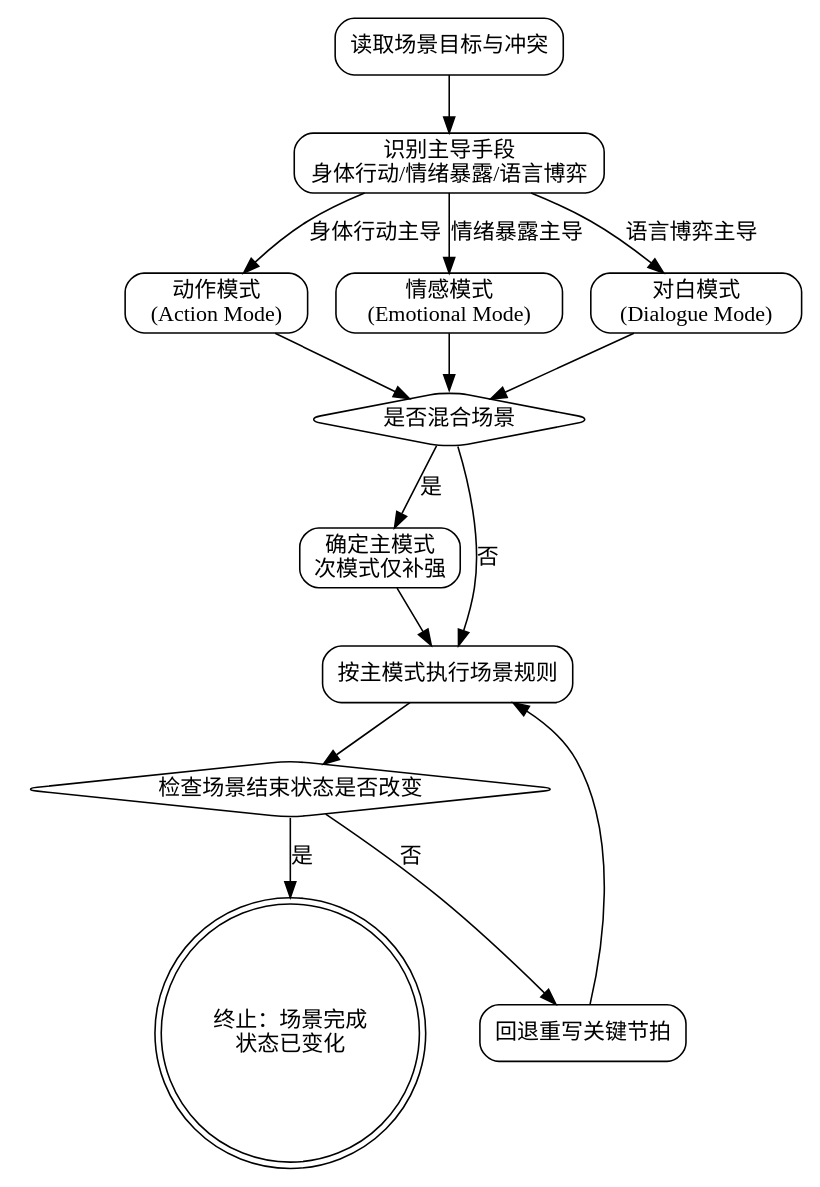
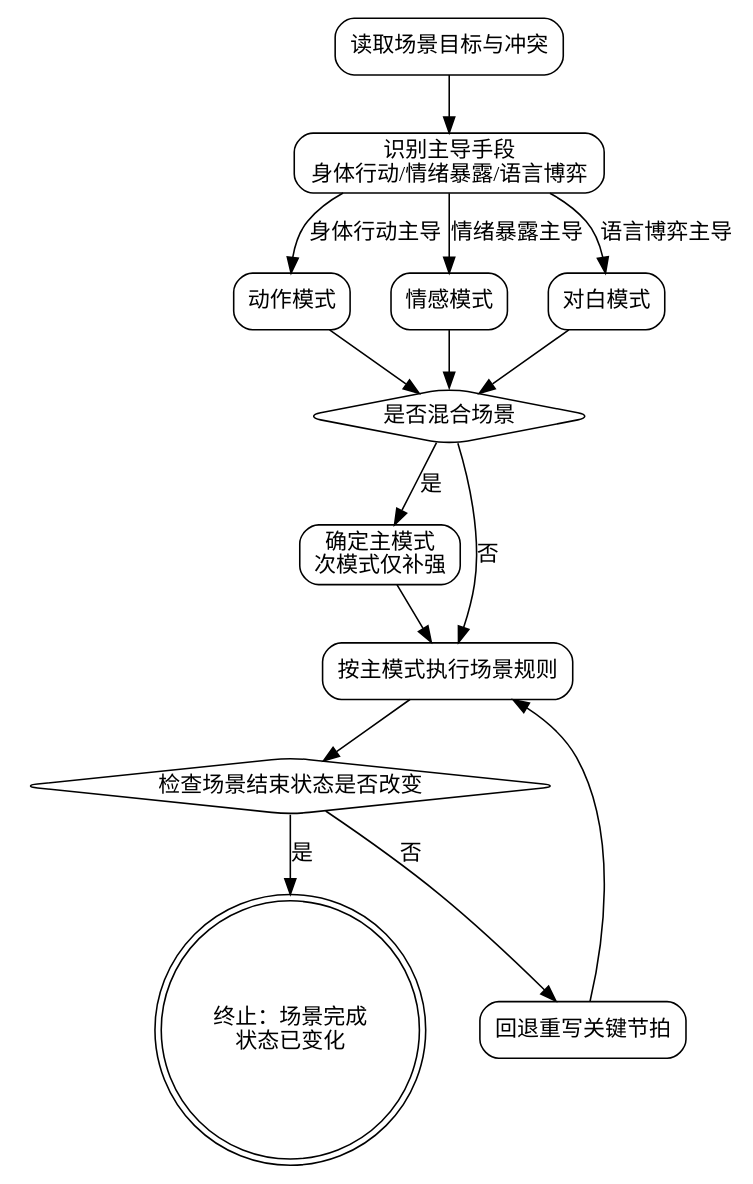
Before and after one commit to skyfiredao/dreampowers: the first of 3 diagrams in skills/dp-chapter-direct/SKILL.md, drawn with Graphviz. The commit also changed other lines of this file and 16 other files, not shown here.

````diff
--- a/skills/dp-chapter-direct/SKILL.md
+++ b/skills/dp-chapter-direct/SKILL.md
@@ -80,37 +80,37 @@
 ```dot
 digraph scene_directing_mode_flow {
     rankdir=TB;
     node [shape=box, style=rounded];
 
     start [label="读取场景目标与冲突"];
     identify [label="识别主导手段\n身体行动/情绪暴露/语言博弈"];
 
-    action [label="动作模式\n(Action Mode)"];
-    emotional [label="情感模式\n(Emotional Mode)"];
-    dialogue [label="对白模式\n(Dialogue Mode)"];
+    action [label="动作模式"];
+    emotional [label="情感模式"];
+    dialogue [label="对白模式"];
 
     mixed [label="是否混合场景" shape=diamond];
     primary [label="确定主模式\n次模式仅补强"];
     apply [label="按主模式执行场景规则"];
     verify [label="检查场景结束状态是否改变" shape=diamond];
     done [label="终止：场景完成\n状态已变化" shape=doublecircle];
     redo [label="回退重写关键节拍"];
 
     start -> identify;
     identify -> action [label="身体行动主导"];
     identify -> emotional [label="情绪暴露主导"];
     identify -> dialogue [label="语言博弈主导"];
 
     action -> mixed;
     emotional -> mixed;
     dialogue -> mixed;
 
     mixed -> primary [label="是"];
     mixed -> apply [label="否"];
     primary -> apply;
     apply -> verify;
     verify -> done [label="是"];
     verify -> redo [label="否"];
     redo -> apply;
 }
 ```
````
